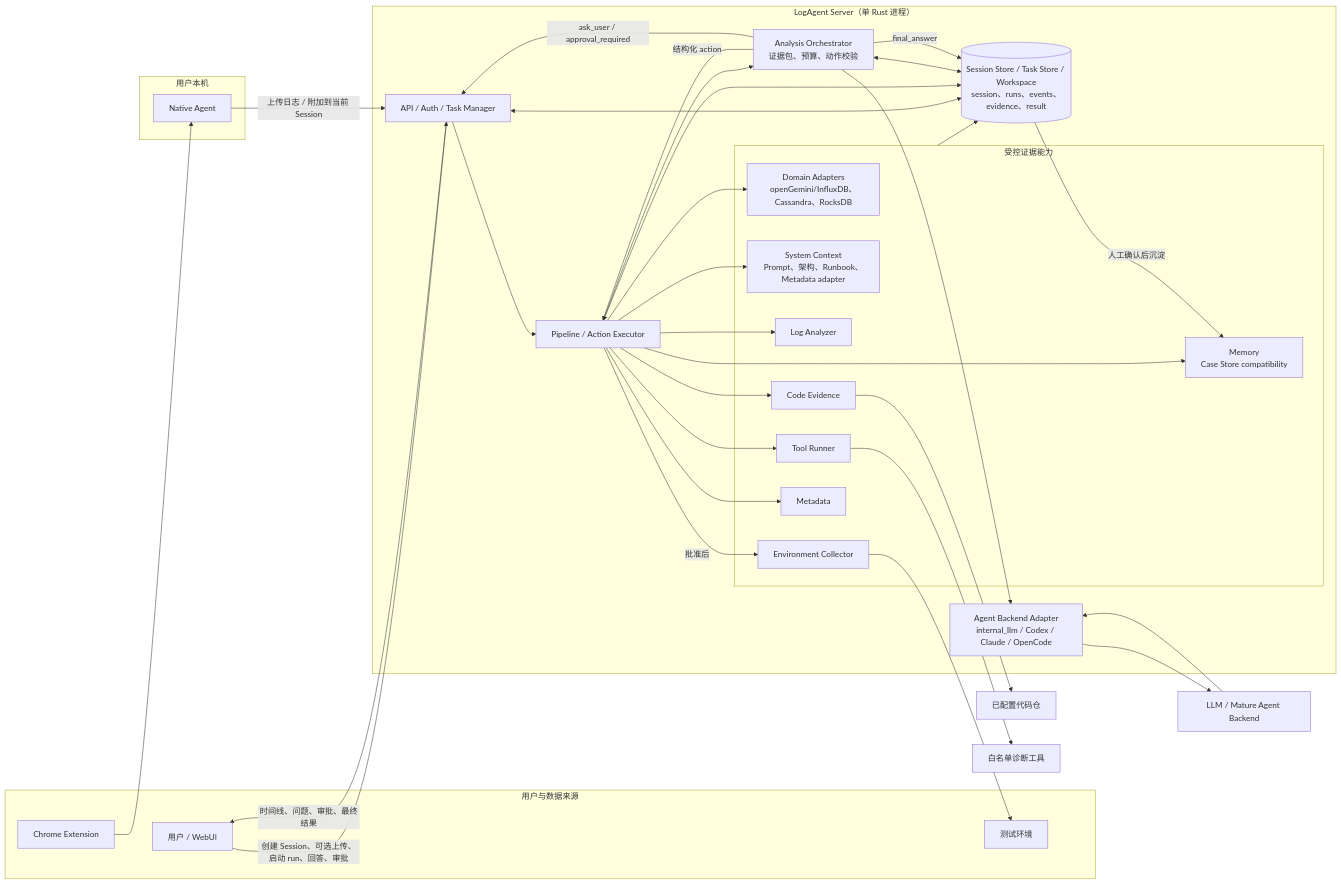
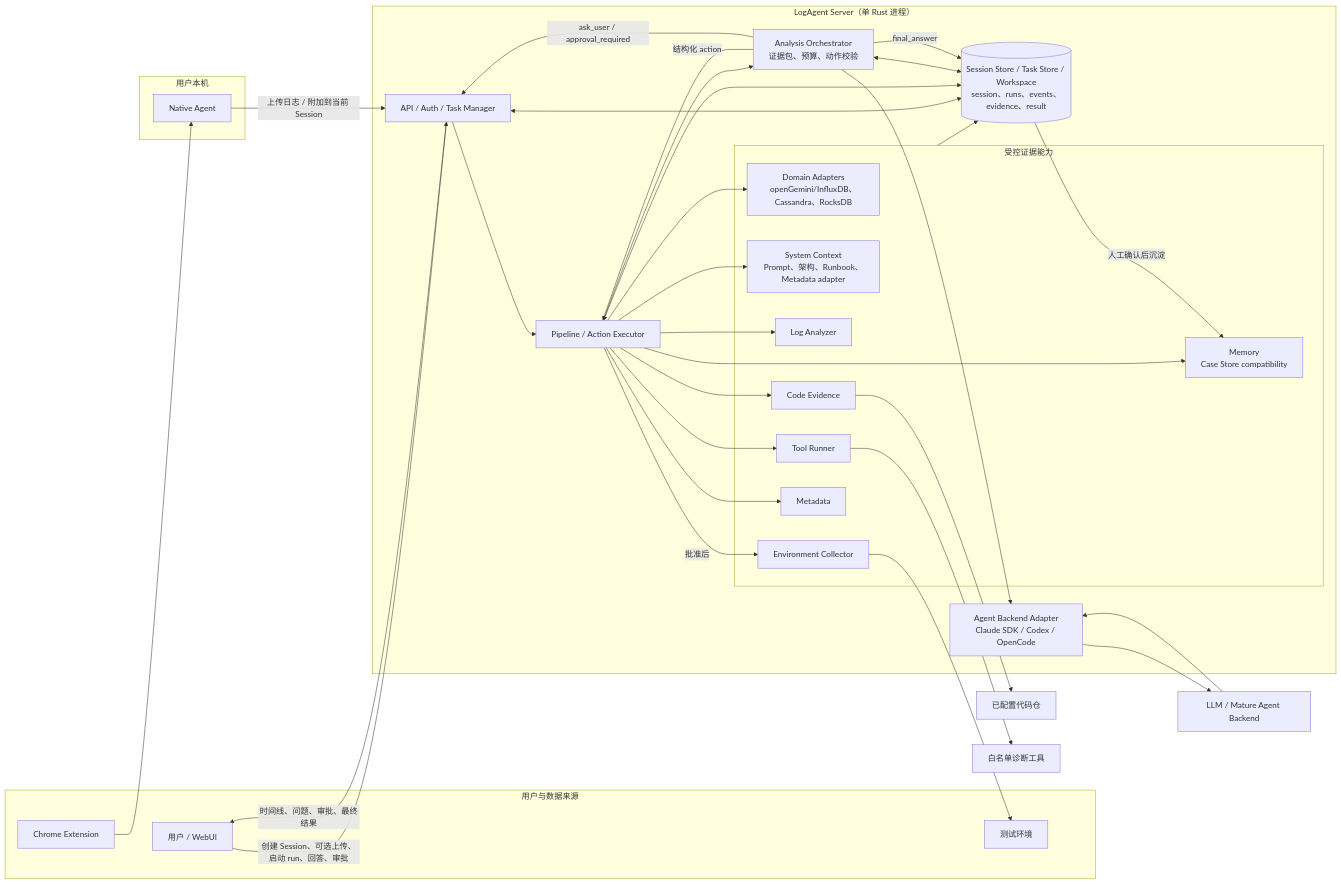
One commit to zhiwangdu/prd_assistant changed the diagram in README.md. Above: the diagram before and after it, drawn with Mermaid. The commit also changed other lines of this file and 34 other files, not shown here.

Commit message:
feat: switch log analysis to claude sdk backend

````diff
--- a/README.md
+++ b/README.md
@@ -61,69 +61,69 @@
 ```mermaid
 flowchart LR
     subgraph Inputs["用户与数据来源"]
         User["用户 / WebUI"]
         Chrome["Chrome Extension"]
         TestEnv["测试环境"]
     end
 
     subgraph Local["用户本机"]
         Native["Native Agent"]
     end
 
     subgraph ServerBoundary["LogAgent Server（单 Rust 进程）"]
         API["API / Auth / Task Manager"]
         Orchestrator["Pipeline / Action Executor"]
         Agent["Analysis Orchestrator<br/>证据包、预算、动作校验"]
-        Gateway["Agent Backend Adapter<br/>internal_llm / Codex / Claude / OpenCode"]
+        Gateway["Agent Backend Adapter<br/>Claude SDK / Codex / OpenCode"]
 
         subgraph Evidence["受控证据能力"]
             Domains["Domain Adapters<br/>openGemini/InfluxDB、Cassandra、RocksDB"]
             SysCtx["System Context<br/>Prompt、架构、Runbook、Metadata adapter"]
             Log["Log Analyzer"]
             Tool["Tool Runner"]
             Code["Code Evidence"]
             Env["Environment Collector"]
             Meta["Metadata"]
             Cases["Memory<br/>Case Store compatibility"]
         end
 
         Store[("Session Store / Task Store / Workspace<br/>session、runs、events、evidence、result")]
     end
 
     Model["LLM / Mature Agent Backend"]
     Repos["已配置代码仓"]
     Tools["白名单诊断工具"]
 
     Chrome --> Native
     Native -->|"上传日志 / 附加到当前 Session"| API
     User -->|"创建 Session、可选上传、启动 run、回答、审批"| API
     API --> Orchestrator
     Orchestrator --> Agent
     Agent -->|"结构化 action"| Orchestrator
     Agent --> Gateway
     Gateway --> Model
     Model --> Gateway
 
     Orchestrator --> Domains
     Orchestrator --> Log
     Orchestrator --> SysCtx
     Orchestrator --> Tool
     Orchestrator --> Code
     Orchestrator -->|"批准后"| Env
     Orchestrator --> Meta
     Orchestrator --> Cases
 
     Tool --> Tools
     Code --> Repos
     Env --> TestEnv
 
     API <--> Store
     Orchestrator <--> Store
     Agent <--> Store
     Evidence --> Store
 
     Agent -->|"ask_user / approval_required"| API
     API -->|"时间线、问题、审批、最终结果"| User
     Agent -->|"final_answer"| Store
     Store -->|"人工确认后沉淀"| Cases
 ```
````
